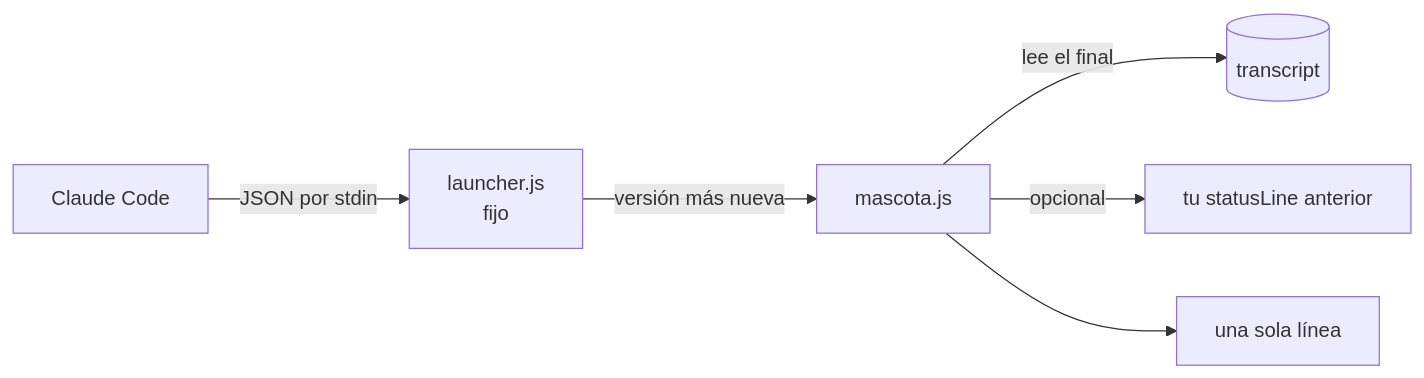
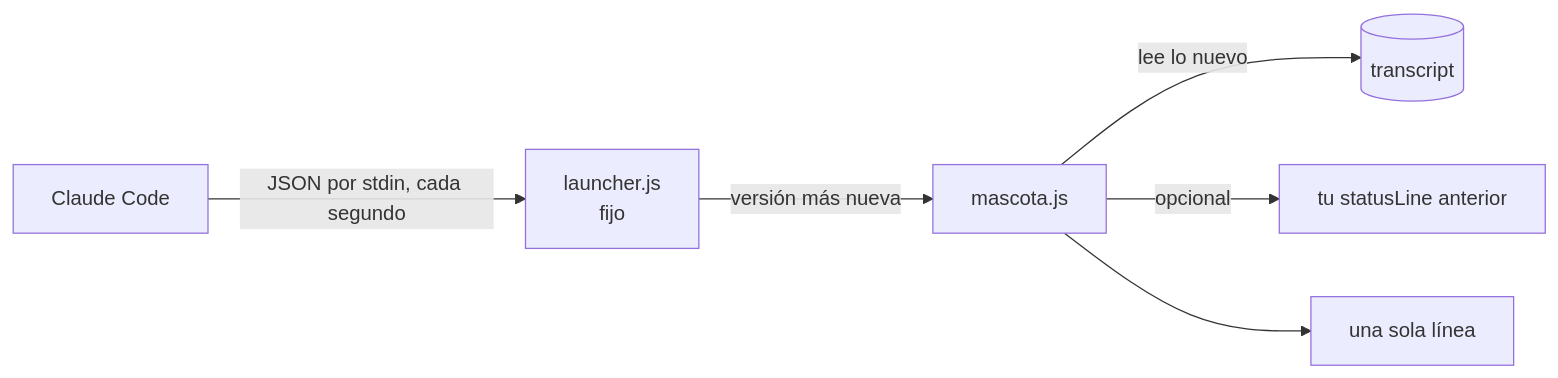
The diagram in README.md (jfcarpiopuntocom/claude-mascotas), drawn with Mermaid before and after one commit. The commit also changed other lines of this file and 19 other files, not shown here.

````diff
--- a/README.md
+++ b/README.md
@@ -144,8 +161,8 @@
 ```mermaid
 flowchart LR
-  CC[Claude Code] -->|JSON por stdin| L[launcher.js<br>fijo]
+  CC[Claude Code] -->|JSON por stdin, cada segundo| L[launcher.js<br>fijo]
   L -->|versión más nueva| M[mascota.js]
-  M -->|lee el final| T[(transcript)]
+  M -->|lee lo nuevo| T[(transcript)]
   M -->|opcional| H[tu statusLine anterior]
   M --> O[una sola línea]
 ```
````
